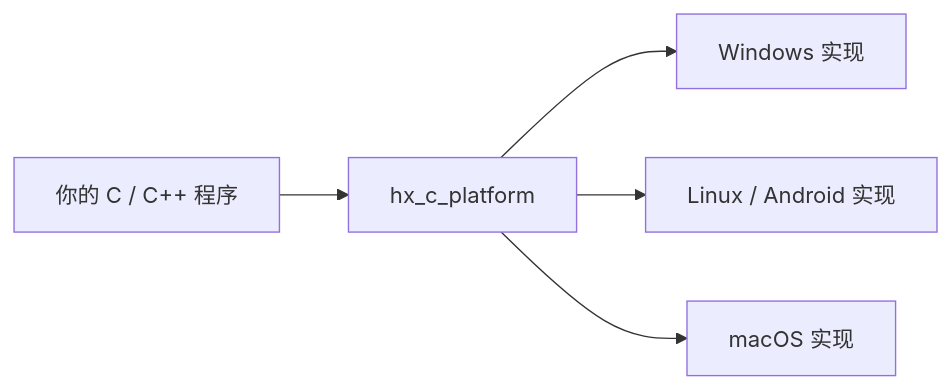
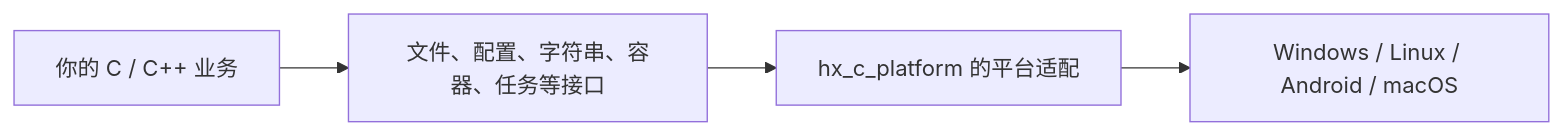
One commit to HuangX666/hx_c_platform changed the diagram in README.zh-CN.md. Above: the diagram before and after it, drawn with Mermaid. The commit also changed other lines of this file and 382 other files, not shown here.

````diff
--- a/README.zh-CN.md
+++ b/README.zh-CN.md
@@ -25,7 +15,6 @@
 ```mermaid
 flowchart LR
-    A["你的 C / C++ 程序"] --> B["hx_c_platform"]
-    B --> C["Windows 实现"]
-    B --> D["Linux / Android 实现"]
-    B --> E["macOS 实现"]
+    A["你的 C / C++ 业务"] --> B["文件、配置、字符串、容器、任务等接口"]
+    B --> C["hx_c_platform 的平台适配"]
+    C --> D["Windows / Linux / Android / macOS"]
 ```
````
